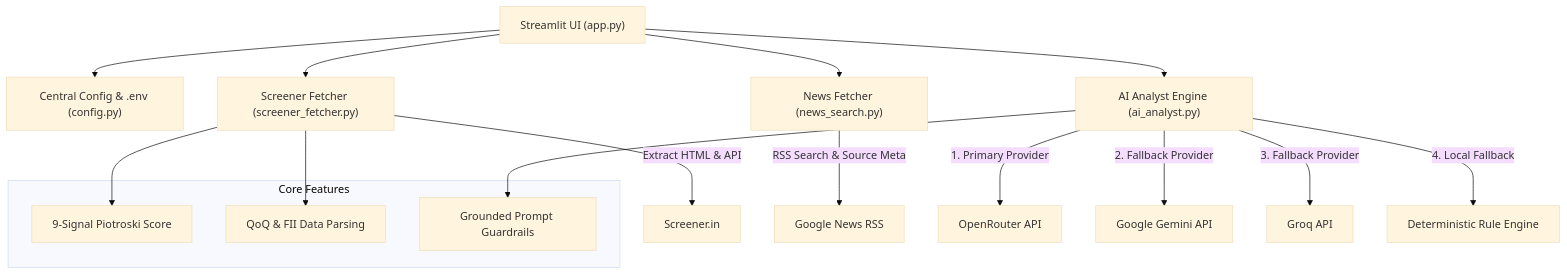
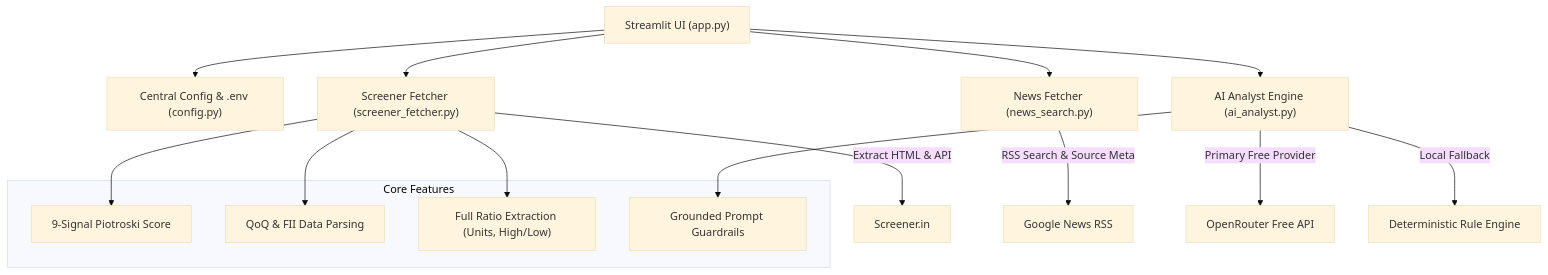
Before and after one commit to kvai9826/screener-ai-stock-analyzer: the diagram in README.md, drawn with Mermaid (base theme). The commit also changed other lines of this file and 8 other files, not shown here.

Commit message:
Simplify AI models to OpenRouter free tier and fix top financial ratios extraction formatting

````diff
--- a/README.md
+++ b/README.md
@@ -9,25 +9,25 @@
 ```mermaid
 flowchart TD
     UI["Streamlit UI (app.py)"] --> CFG["Central Config & .env (config.py)"]
     UI --> SF["Screener Fetcher (screener_fetcher.py)"]
     UI --> NF["News Fetcher (news_search.py)"]
     UI --> AI["AI Analyst Engine (ai_analyst.py)"]
 
     SF -->|Extract HTML & API| SCR["Screener.in"]
     NF -->|RSS Search & Source Meta| GNEWS["Google News RSS"]
 
-    AI -->|1. Primary Provider| OR["OpenRouter API"]
-    AI -->|2. Fallback Provider| GEM["Google Gemini API"]
-    AI -->|3. Fallback Provider| GROQ["Groq API"]
-    AI -->|4. Local Fallback| RULE["Deterministic Rule Engine"]
+    AI -->|Primary Free Provider| OR["OpenRouter Free API"]
+    AI -->|Local Fallback| RULE["Deterministic Rule Engine"]
 
     subgraph Core Features
         P9["9-Signal Piotroski Score"]
         QOQ["QoQ & FII Data Parsing"]
+        RATIO["Full Ratio Extraction (Units, High/Low)"]
         GROUND["Grounded Prompt Guardrails"]
     end
 
     SF --> P9
     SF --> QOQ
+    SF --> RATIO
     AI --> GROUND
 ```
````
